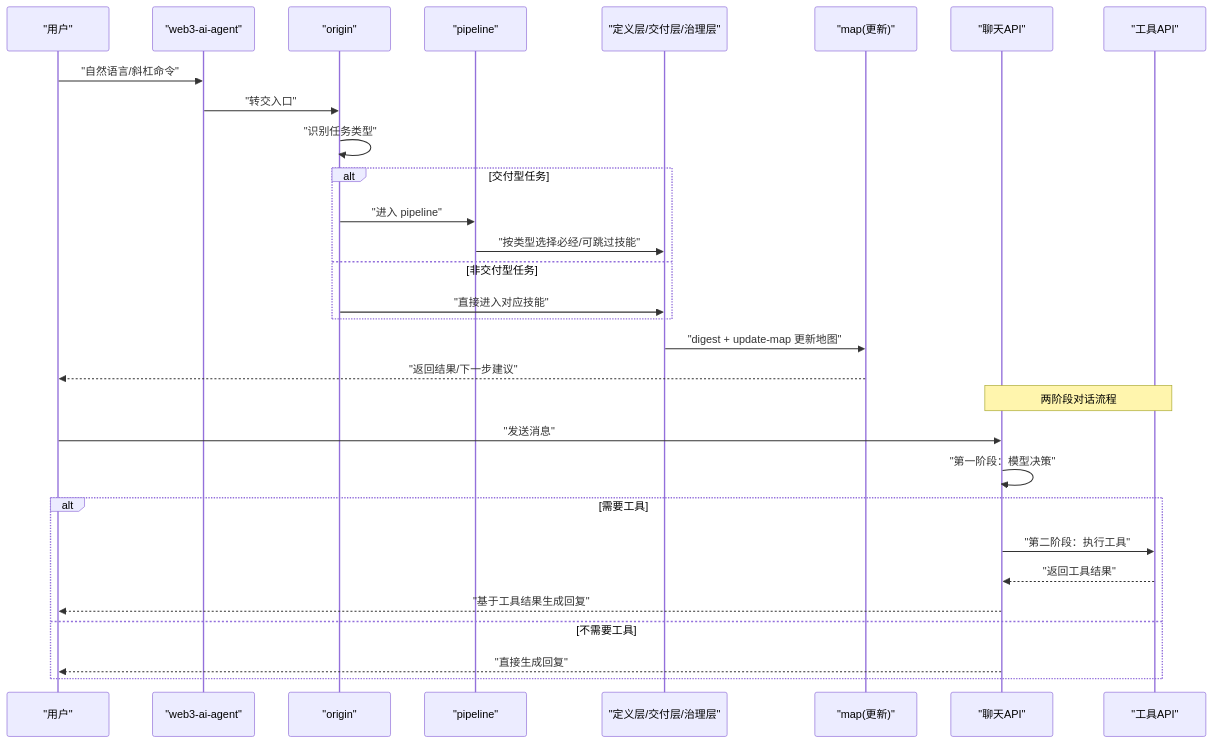
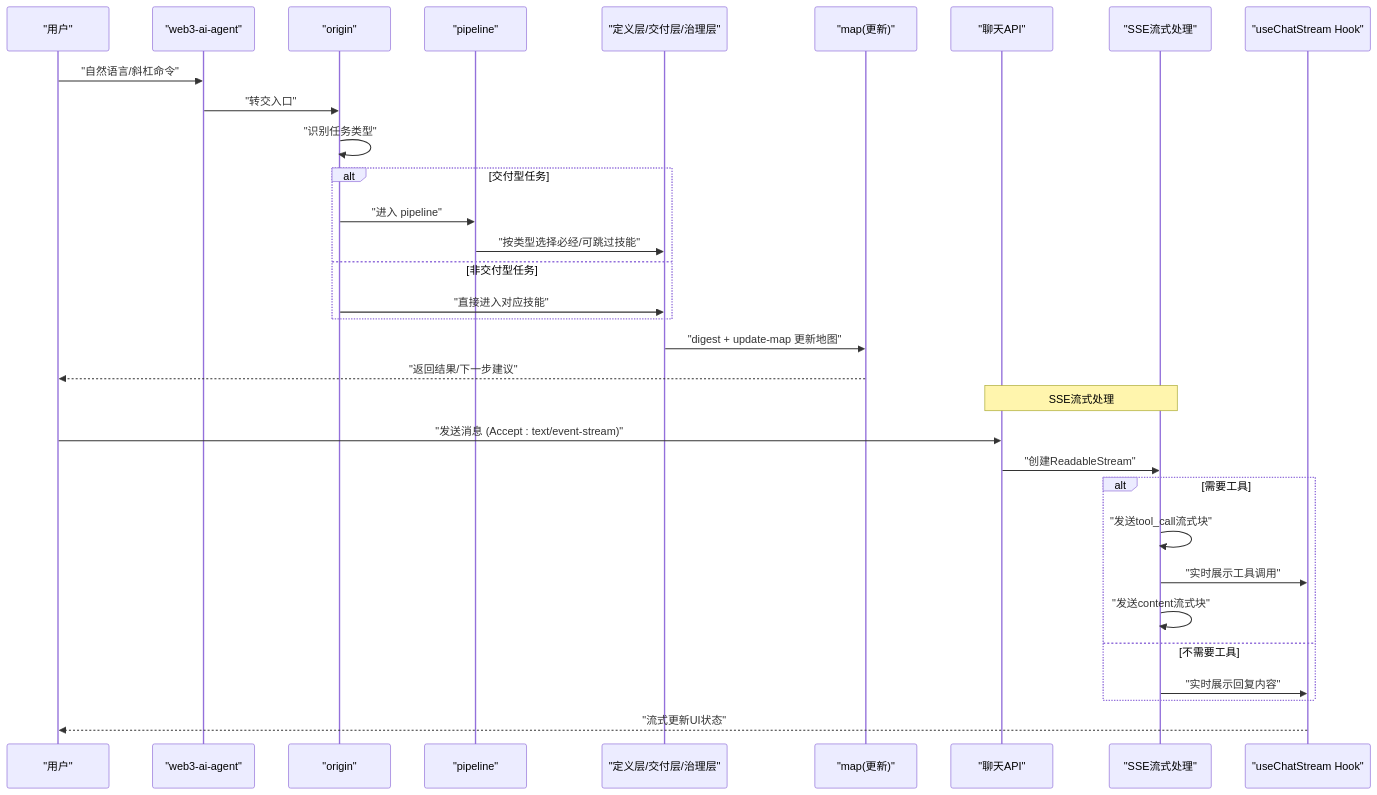
Before and after one commit to CryptoLinxu/Web3-AI-Agent: the second of 3 diagrams in .qoder/repowiki/zh/content/API参考文档.md, drawn with Mermaid. The commit also changed other lines of this file and 5 other files, not shown here.

````diff
--- a/.qoder/repowiki/zh/content/API参考文档.md
+++ b/.qoder/repowiki/zh/content/API参考文档.md
@@ -147,32 +170,34 @@
 ```mermaid
 sequenceDiagram
 participant U as "用户"
 participant W as "web3-ai-agent"
 participant O as "origin"
 participant P as "pipeline"
 participant D as "定义层/交付层/治理层"
 participant M as "map(更新)"
 participant CHAT as "聊天API"
-participant TOOL as "工具API"
+participant STREAM as "SSE流式处理"
+participant HOOK as "useChatStream Hook"
 U->>W : "自然语言/斜杠命令"
 W->>O : "转交入口"
 O->>O : "识别任务类型"
 alt 交付型任务
 O->>P : "进入 pipeline"
 P->>D : "按类型选择必经/可跳过技能"
 else 非交付型任务
 O->>D : "直接进入对应技能"
 end
 D->>M : "digest + update-map 更新地图"
 M-->>U : "返回结果/下一步建议"
-Note over CHAT,TOOL : 两阶段对话流程
-U->>CHAT : "发送消息"
-CHAT->>CHAT : "第一阶段：模型决策"
+Note over CHAT,STREAM : SSE流式处理
+U->>CHAT : "发送消息 (Accept : text/event-stream)"
+CHAT->>STREAM : "创建ReadableStream"
 alt 需要工具
-CHAT->>TOOL : "第二阶段：执行工具"
-TOOL-->>CHAT : "返回工具结果"
-CHAT-->>U : "基于工具结果生成回复"
+STREAM->>STREAM : "发送tool_call流式块"
+STREAM->>HOOK : "实时展示工具调用"
+STREAM->>STREAM : "发送content流式块"
 else 不需要工具
-CHAT-->>U : "直接生成回复"
+STREAM->>HOOK : "实时展示回复内容"
 end
+HOOK-->>U : "流式更新UI状态"
 ```
````
